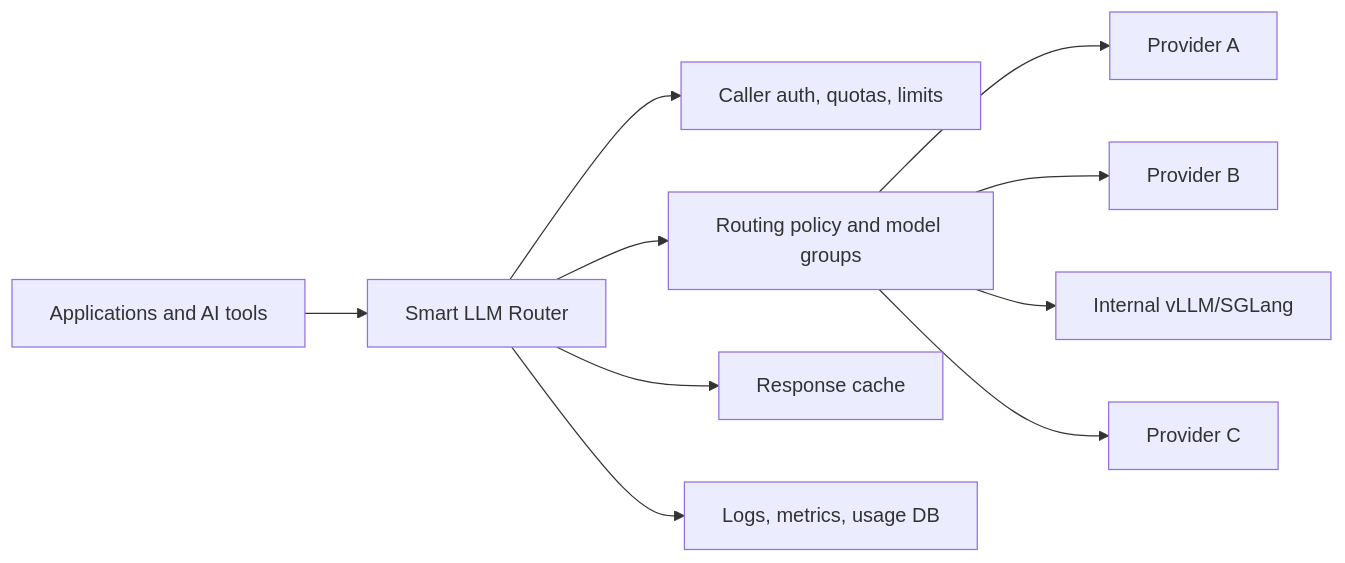
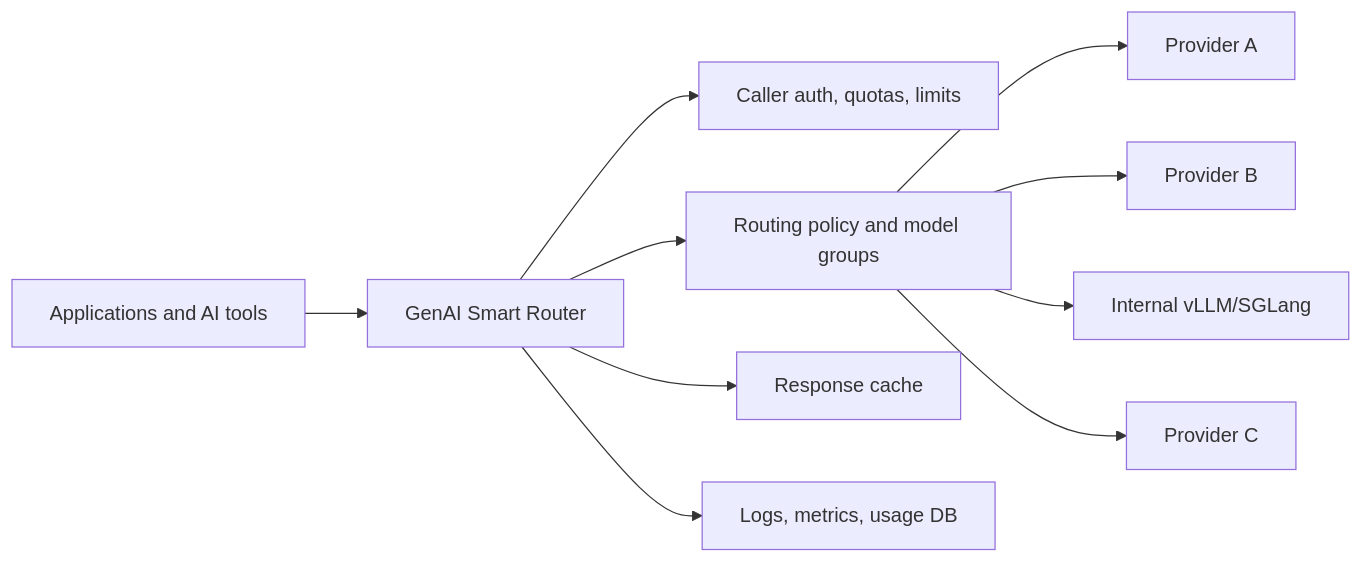
The first of 7 diagrams in docs/solution-brief.md (Metrum-AI-Products/genai-smart-router), drawn with Mermaid before and after one commit. The commit also changed other lines of this file and 395 other files, not shown here.

````diff
--- a/docs/solution-brief.md
+++ b/docs/solution-brief.md
@@ -15,12 +15,12 @@
 ```mermaid
 flowchart LR
-  App[Applications and AI tools] --> Router[Smart LLM Router]
+  App[Applications and AI tools] --> Router[GenAI Smart Router]
   Router --> Auth[Caller auth, quotas, limits]
   Router --> Policy[Routing policy and model groups]
   Router --> Cache[Response cache]
   Router --> Obs[Logs, metrics, usage DB]
   Policy --> P1[Provider A]
   Policy --> P2[Provider B]
   Policy --> P3[Internal vLLM/SGLang]
   Policy --> P4[Provider C]
 ```
````
